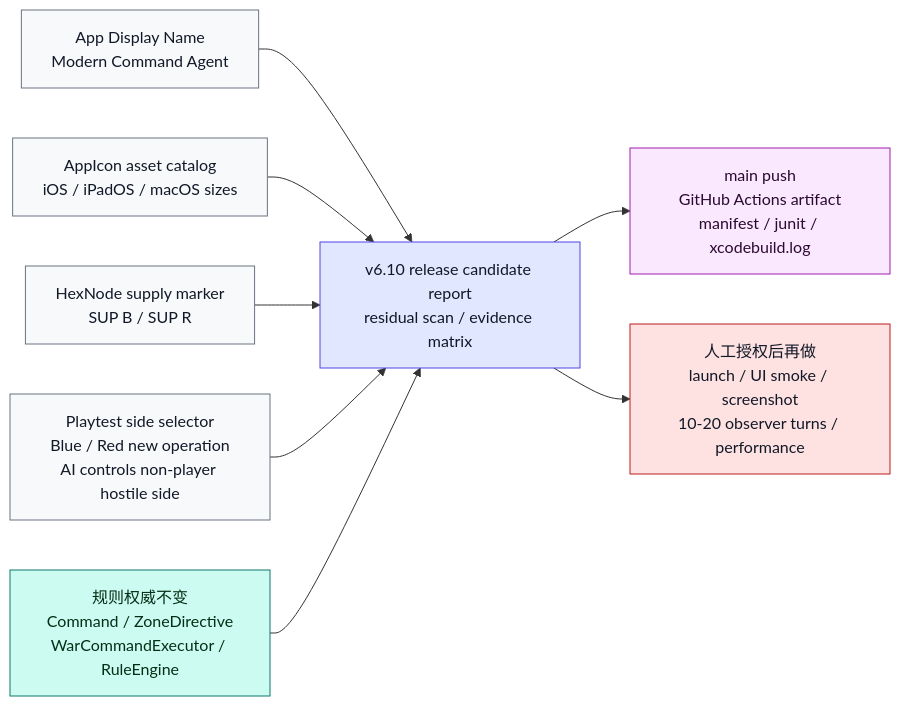
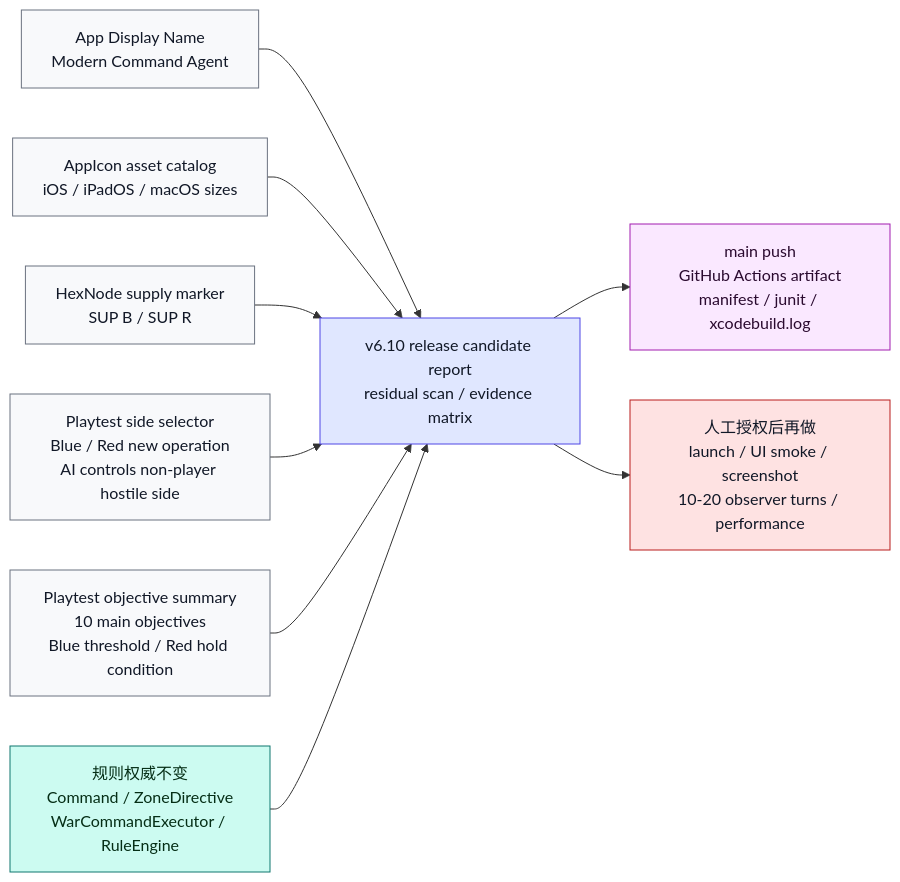
Diagram 12 of 20 in md/flow/flowchart.md (Altman-sam114/127), drawn with Mermaid before and after one commit. The commit also changed other lines of this file and 9 other files, not shown here.

````diff
--- a/md/flow/flowchart.md
+++ b/md/flow/flowchart.md
@@ -354,25 +356,27 @@
 ```mermaid
 flowchart LR
     DISPLAY["App Display Name<br/>Modern Command Agent"]:::display
     ICON["AppIcon asset catalog<br/>iOS / iPadOS / macOS sizes"]:::display
     MAP["HexNode supply marker<br/>SUP B / SUP R"]:::display
     REPORT["v6.10 release candidate report<br/>residual scan / evidence matrix"]:::doc
     RULES["规则权威不变<br/>Command / ZoneDirective<br/>WarCommandExecutor / RuleEngine"]:::rules
     CLOUD["main push<br/>GitHub Actions artifact<br/>manifest / junit / xcodebuild.log"]:::cloud
     SIDE["Playtest side selector<br/>Blue / Red new operation<br/>AI controls non-player hostile side"]:::display
+    OBJ["Playtest objective summary<br/>10 main objectives<br/>Blue threshold / Red hold condition"]:::display
     RUNTIME["人工授权后再做<br/>launch / UI smoke / screenshot<br/>10-20 observer turns / performance"]:::risk
 
     DISPLAY --> REPORT
     ICON --> REPORT
     MAP --> REPORT
     SIDE --> REPORT
+    OBJ --> REPORT
     RULES --> REPORT
     REPORT --> CLOUD
     REPORT --> RUNTIME
 
     classDef display fill:#f8f9fb,stroke:#6b7280,color:#111827
     classDef doc fill:#e0e7ff,stroke:#4f46e5,color:#111827
     classDef rules fill:#ccfbf1,stroke:#0f766e,color:#052e16
     classDef cloud fill:#fae8ff,stroke:#a21caf,color:#2a0a2f
     classDef risk fill:#fee2e2,stroke:#b91c1c,color:#111827
 ```
````
